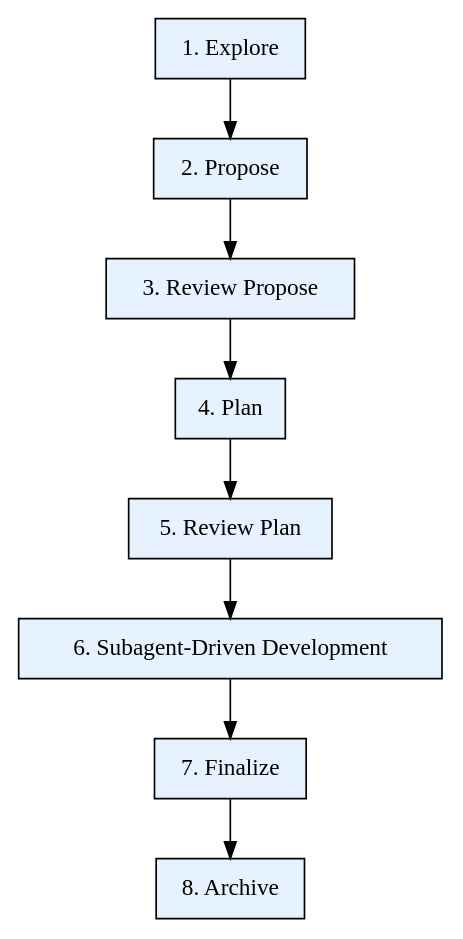
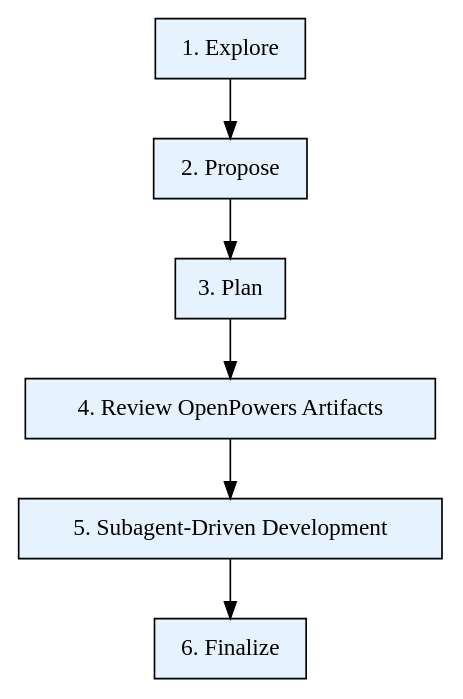
The diagram in marketplace/commands/workflow.md (Meiyukichan/openpowers), drawn with Graphviz before and after one commit. The commit also changed other lines of this file and 32 other files, not shown here.

````diff
--- a/marketplace/commands/workflow.md
+++ b/marketplace/commands/workflow.md
@@ -55,22 +55,18 @@
 ```dot
 digraph workflow {
     rankdir=TB;
 
     "1. Explore" [shape=box, style=filled, fillcolor="#e6f3ff"];
     "2. Propose" [shape=box, style=filled, fillcolor="#e6f3ff"];
-    "3. Review Propose" [shape=box, style=filled, fillcolor="#e6f3ff"];
-    "4. Plan" [shape=box, style=filled, fillcolor="#e6f3ff"];
-    "5. Review Plan" [shape=box, style=filled, fillcolor="#e6f3ff"];
-    "6. Subagent-Driven Development" [shape=box, style=filled, fillcolor="#e6f3ff"];
-    "7. Finalize" [shape=box, style=filled, fillcolor="#e6f3ff"];
-    "8. Archive" [shape=box, style=filled, fillcolor="#e6f3ff"];
+    "3. Plan" [shape=box, style=filled, fillcolor="#e6f3ff"];
+    "4. Review OpenPowers Artifacts" [shape=box, style=filled, fillcolor="#e6f3ff"];
+    "5. Subagent-Driven Development" [shape=box, style=filled, fillcolor="#e6f3ff"];
+    "6. Finalize" [shape=box, style=filled, fillcolor="#e6f3ff"];
 
     "1. Explore" -> "2. Propose";
-    "2. Propose" -> "3. Review Propose";
-    "3. Review Propose" -> "4. Plan";
-    "4. Plan" -> "5. Review Plan";
-    "5. Review Plan" -> "6. Subagent-Driven Development";
-    "6. Subagent-Driven Development" -> "7. Finalize";
-    "7. Finalize" -> "8. Archive";
+    "2. Propose" -> "3. Plan";
+    "3. Plan" -> "4. Review OpenPowers Artifacts";
+    "4. Review OpenPowers Artifacts" -> "5. Subagent-Driven Development";
+    "5. Subagent-Driven Development" -> "6. Finalize";
 }
 ```
````
